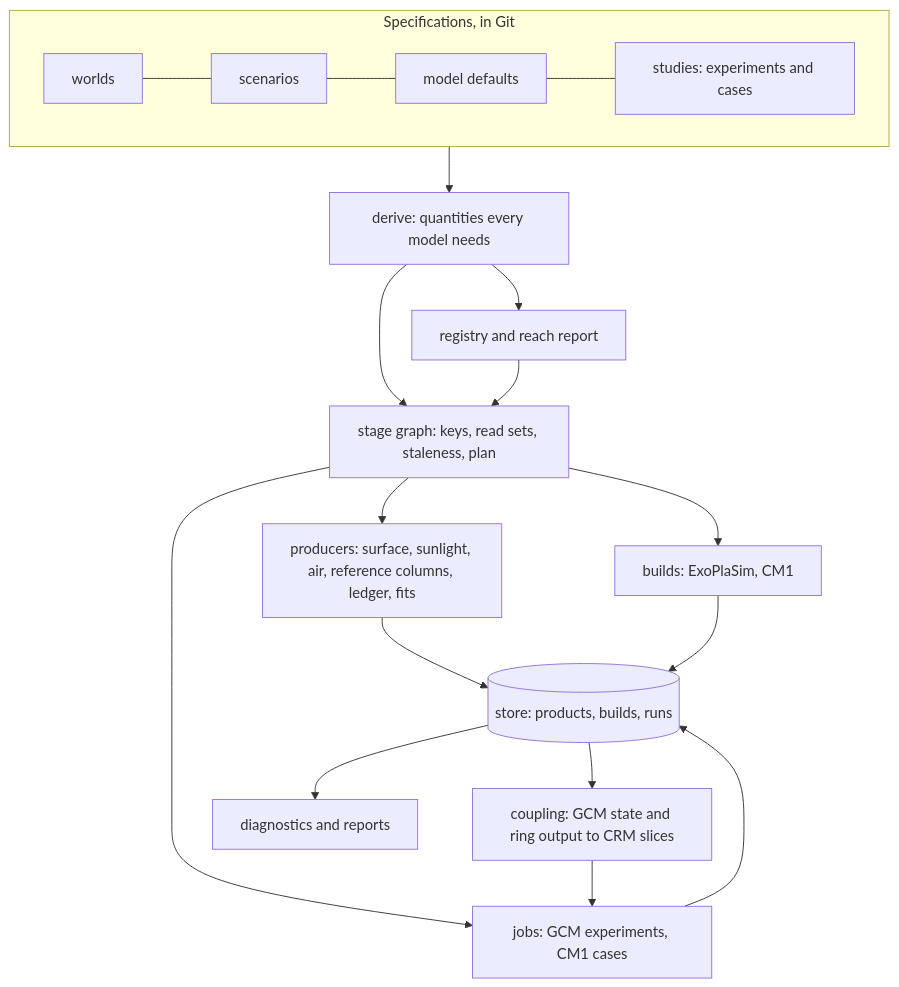
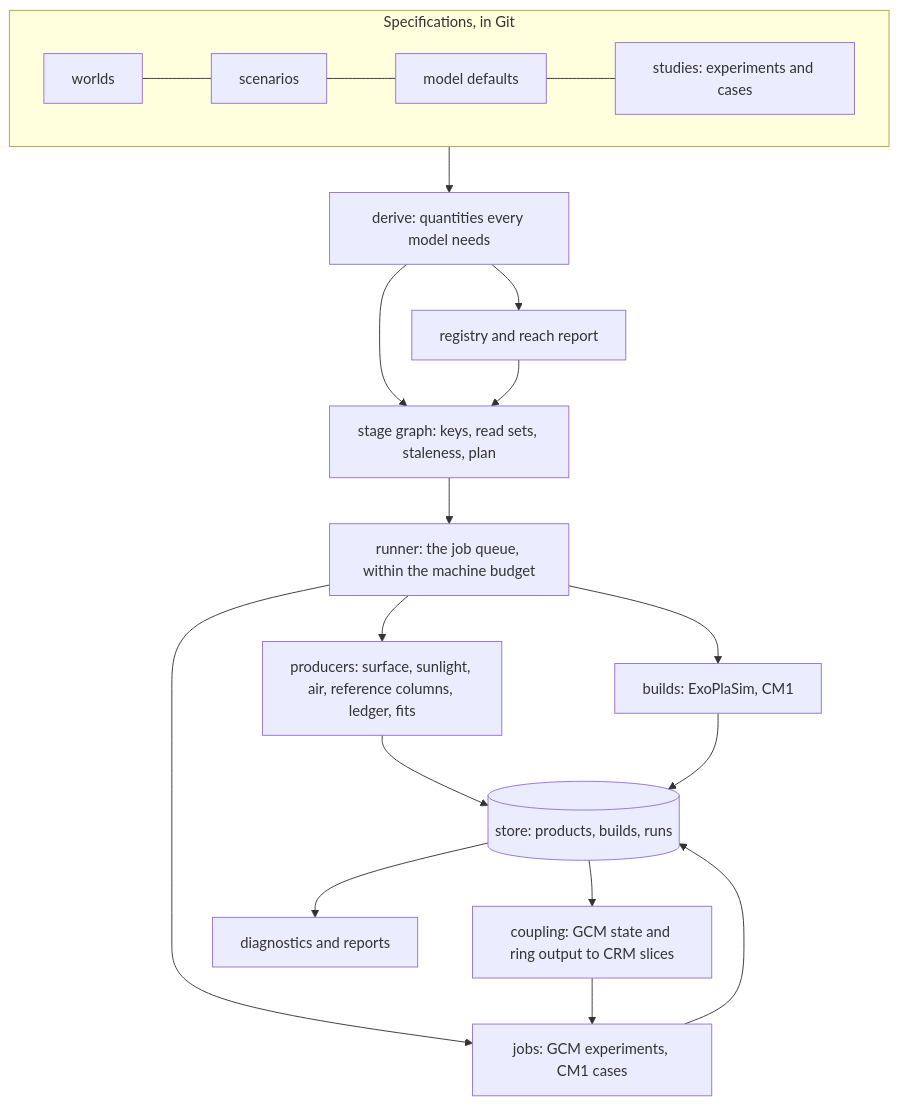
The diagram in lab/design/architecture.md (dgoldman0/world-crafting), drawn with Mermaid before and after one commit. The commit also changed other lines of this file and 3 other files, not shown here.

````diff
--- a/lab/design/architecture.md
+++ b/lab/design/architecture.md
@@ -119,19 +119,20 @@
 ```mermaid
 flowchart TB
   subgraph specs [Specifications, in Git]
     W[worlds] --- S[scenarios] --- C[model defaults] --- E[studies: experiments and cases]
   end
   specs --> D[derive: quantities every model needs]
   D --> R[registry and reach report]
   D --> G[stage graph: keys, read sets, staleness, plan]
   R --> G
-  G --> P[producers: surface, sunlight, air, reference columns, ledger, fits]
-  G --> B[builds: ExoPlaSim, CM1]
-  G --> J[jobs: GCM experiments, CM1 cases]
+  G --> RN[runner: the job queue, within the machine budget]
+  RN --> P[producers: surface, sunlight, air, reference columns, ledger, fits]
+  RN --> B[builds: ExoPlaSim, CM1]
+  RN --> J[jobs: GCM experiments, CM1 cases]
   P --> ST[(store: products, builds, runs)]
   B --> ST
   J --> ST
   ST --> X[coupling: GCM state and ring output to CRM slices]
   X --> J
   ST --> DG[diagnostics and reports]
 ```
````
